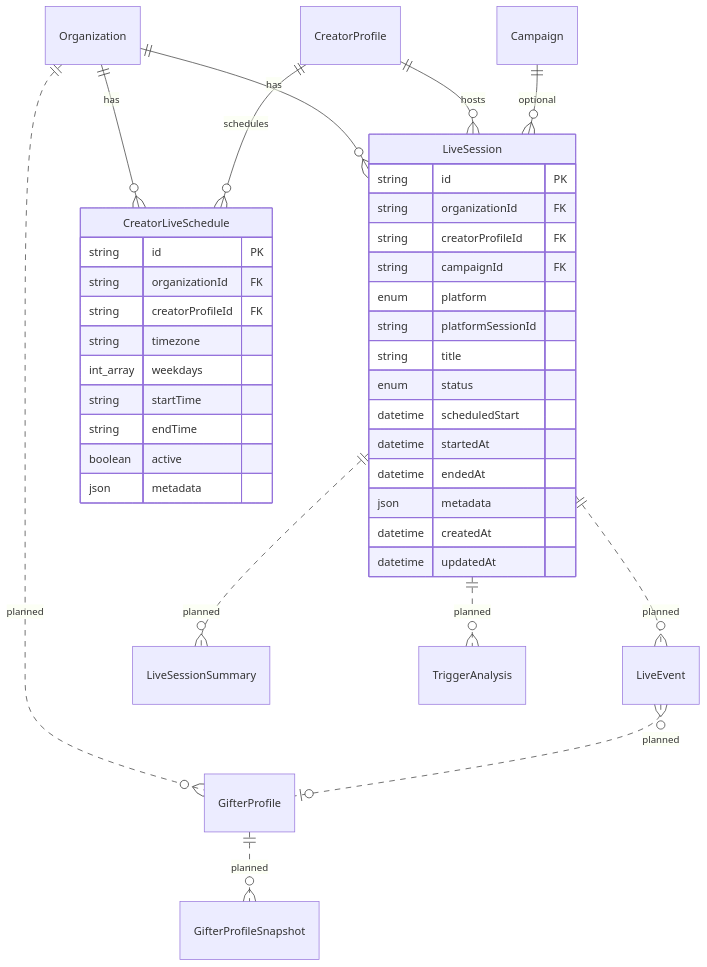
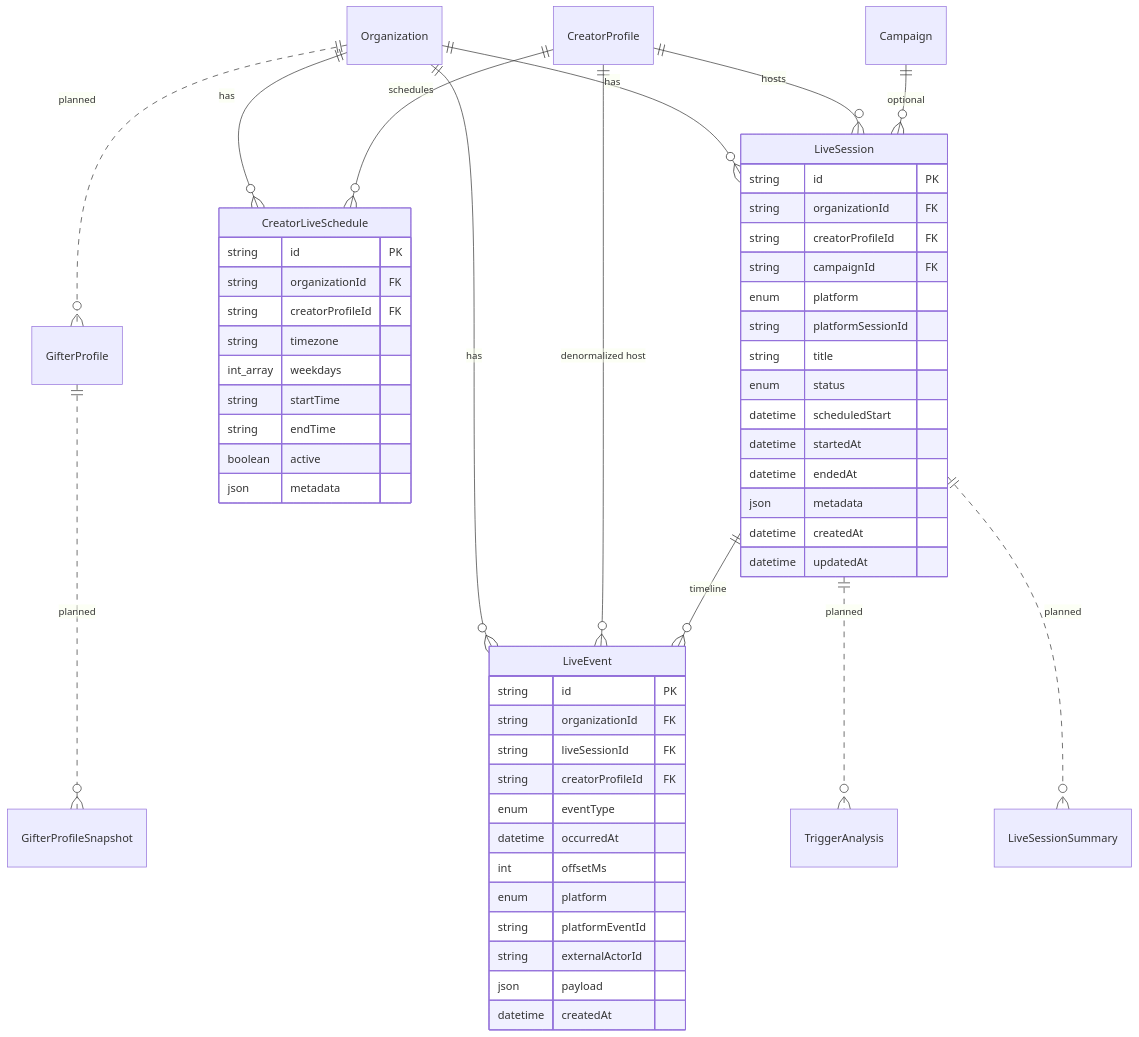
The diagram in docs/database/live-intelligence-erd.md (kolab-kevin/kolab-platform), drawn with Mermaid before and after one commit. The commit also changed other lines of this file and 5 other files, not shown here.

Commit message:
feat(database): add live event schema

````diff
--- a/docs/database/live-intelligence-erd.md
+++ b/docs/database/live-intelligence-erd.md
@@ -25,43 +25,59 @@
 ```mermaid
 erDiagram
   Organization ||--o{ LiveSession : has
   Organization ||--o{ CreatorLiveSchedule : has
+  Organization ||--o{ LiveEvent : has
   Organization ||..o{ GifterProfile : "planned"
   CreatorProfile ||--o{ LiveSession : hosts
   CreatorProfile ||--o{ CreatorLiveSchedule : schedules
+  CreatorProfile ||--o{ LiveEvent : "denormalized host"
   Campaign ||--o{ LiveSession : optional
-  LiveSession ||..o{ LiveEvent : "planned"
+  LiveSession ||--o{ LiveEvent : timeline
   LiveSession ||..o{ LiveSessionSummary : "planned"
   LiveSession ||..o{ TriggerAnalysis : "planned"
   GifterProfile ||..o{ GifterProfileSnapshot : "planned"
-  LiveEvent }o..o| GifterProfile : "planned"
+
+  LiveEvent {
+    string id PK
+    string organizationId FK
+    string liveSessionId FK
+    string creatorProfileId FK
+    enum eventType
+    datetime occurredAt
+    int offsetMs
+    enum platform
+    string platformEventId
+    string externalActorId
+    json payload
+    datetime createdAt
+  }
 
   LiveSession {
     string id PK
     string organizationId FK
     string creatorProfileId FK
     string campaignId FK
     enum platform
     string platformSessionId
     string title
     enum status
     datetime scheduledStart
     datetime startedAt
     datetime endedAt
     json metadata
     datetime createdAt
     datetime updatedAt
   }
 
   CreatorLiveSchedule {
     string id PK
     string organizationId FK
     string creatorProfileId FK
     string timezone
     int_array weekdays
     string startTime
     string endTime
     boolean active
     json metadata
   }
 ```
````
